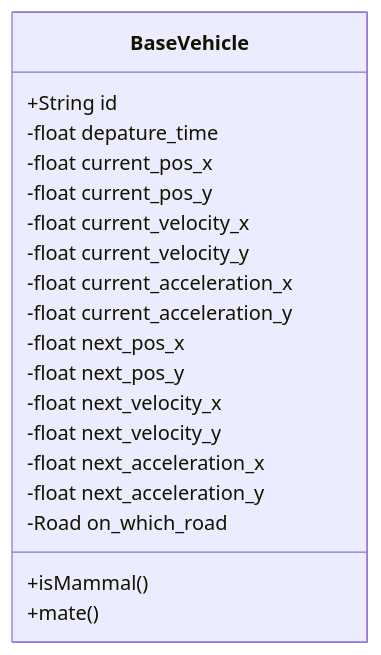
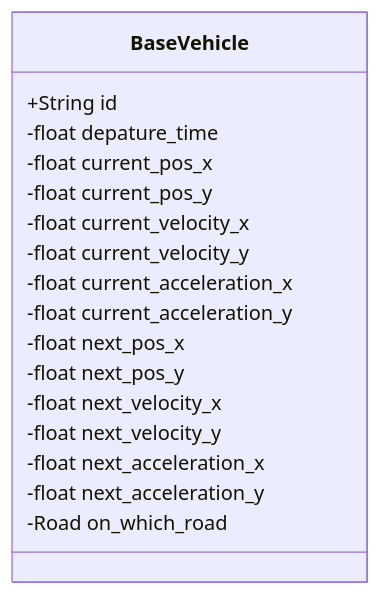
One commit to IvoryGate/simulation_2d changed the first of 3 diagrams in DESIGNDOC.md. Above: the diagram before and after it, drawn with Mermaid. The commit also changed other lines of this file and 874 other files, not shown here.

````diff
--- a/DESIGNDOC.md
+++ b/DESIGNDOC.md
@@ -6,21 +6,19 @@
 ```mermaid
 classDiagram
       BaseVehicle : +String id
       BaseVehicle : -float depature_time
       BaseVehicle : -float current_pos_x
       BaseVehicle : -float current_pos_y
       BaseVehicle : -float current_velocity_x
       BaseVehicle : -float current_velocity_y
       BaseVehicle : -float current_acceleration_x
       BaseVehicle : -float current_acceleration_y
       BaseVehicle : -float next_pos_x
       BaseVehicle : -float next_pos_y
       BaseVehicle : -float next_velocity_x
       BaseVehicle : -float next_velocity_y
       BaseVehicle : -float next_acceleration_x
       BaseVehicle : -float next_acceleration_y
       BaseVehicle : -Road on_which_road
       
-      BaseVehicle : +isMammal()
-      BaseVehicle : +mate()
 ```
````
